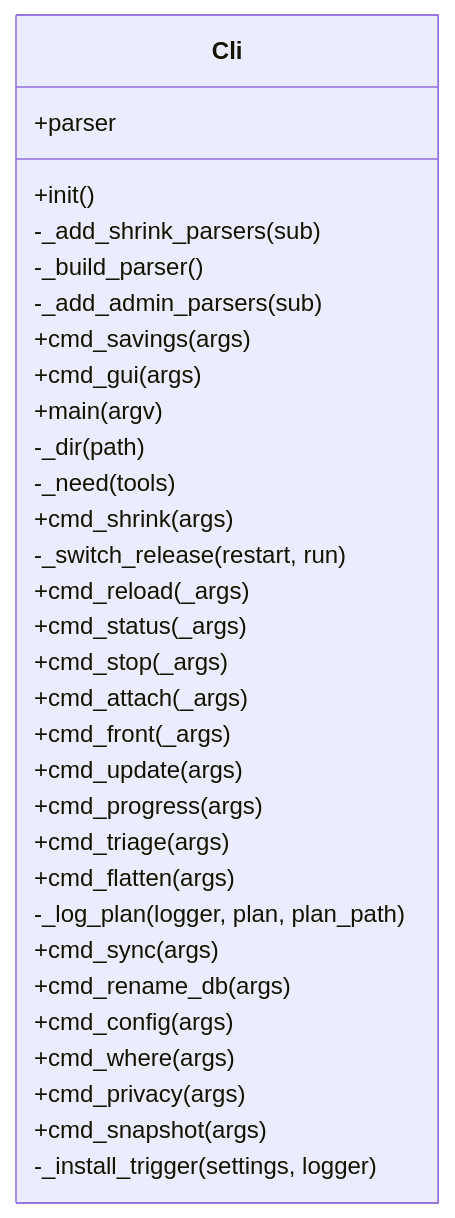
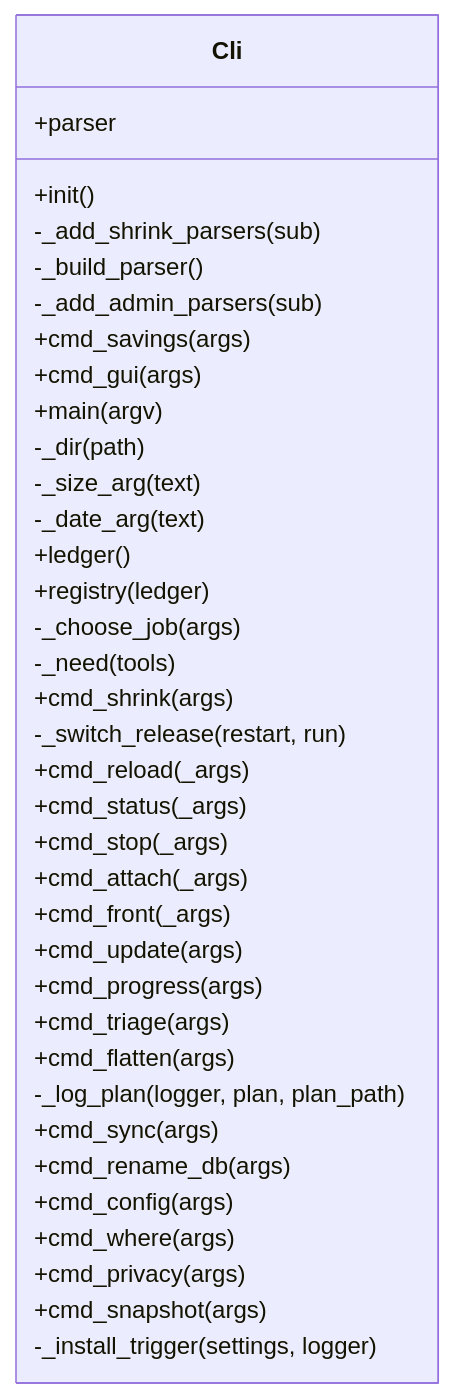
One commit to peddanet/mediatools changed the diagram in docs/img/uml_cli.mmd. Above: the diagram before and after it, drawn with Mermaid. The commit also changed 47 other files, not shown here.

```diff
--- a/docs/img/uml_cli.mmd
+++ b/docs/img/uml_cli.mmd
@@ -1,33 +1,38 @@
 classDiagram
   direction LR
   class Cli {
     +parser
     +init()
     -_add_shrink_parsers(sub)
     -_build_parser()
     -_add_admin_parsers(sub)
     +cmd_savings(args)
     +cmd_gui(args)
     +main(argv)
     -_dir(path)
+    -_size_arg(text)
+    -_date_arg(text)
+    +ledger()
+    +registry(ledger)
+    -_choose_job(args)
     -_need(tools)
     +cmd_shrink(args)
     -_switch_release(restart, run)
     +cmd_reload(_args)
     +cmd_status(_args)
     +cmd_stop(_args)
     +cmd_attach(_args)
     +cmd_front(_args)
     +cmd_update(args)
     +cmd_progress(args)
     +cmd_triage(args)
     +cmd_flatten(args)
     -_log_plan(logger, plan, plan_path)
     +cmd_sync(args)
     +cmd_rename_db(args)
     +cmd_config(args)
     +cmd_where(args)
     +cmd_privacy(args)
     +cmd_snapshot(args)
     -_install_trigger(settings, logger)
   }
```
